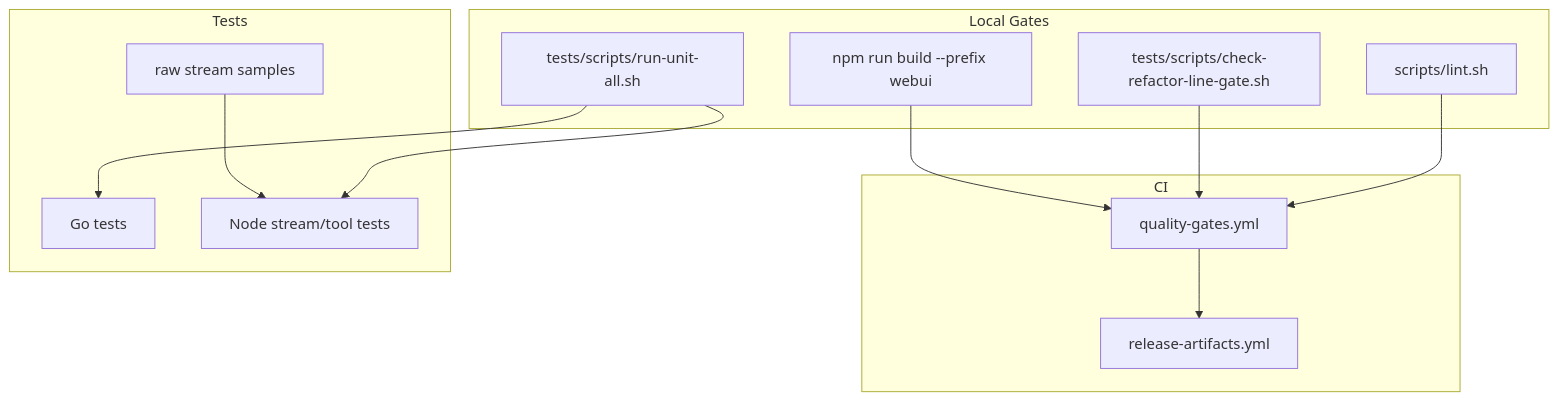
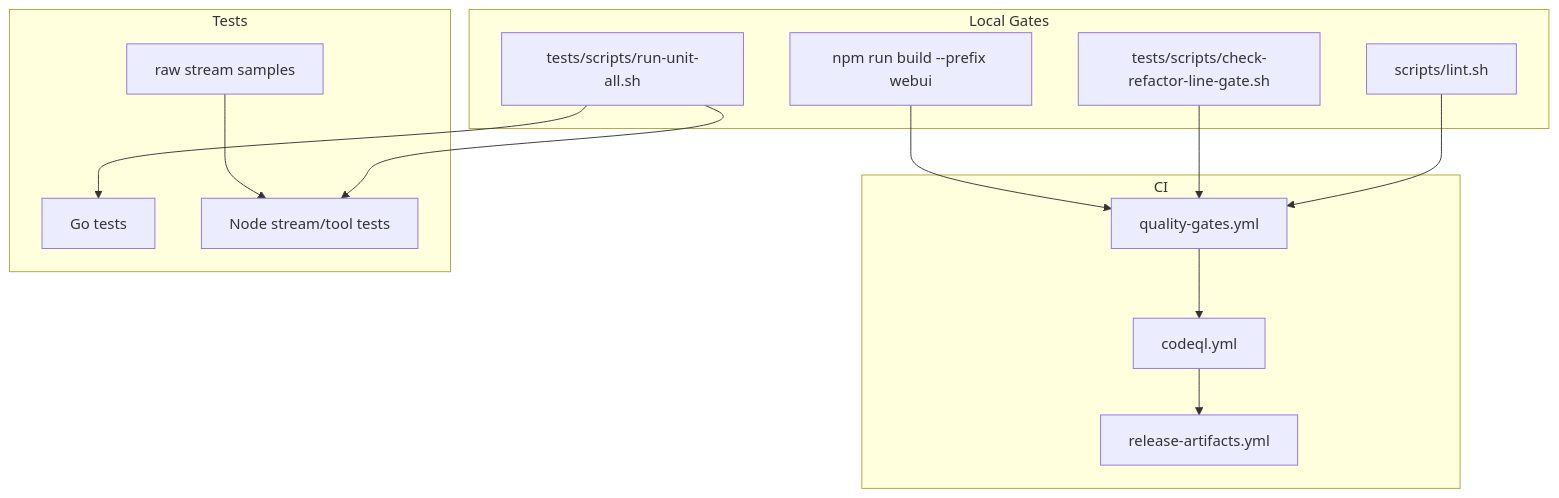
One commit to marklove5102/DeepSeek_Web_To_API changed the first of 2 diagrams in docs/Testing and Delivery/Testing and Delivery.md. Above: the diagram before and after it, drawn with Mermaid. The commit also changed other lines of this file and 1 other file, not shown here.

Commit message:
ci: add codeql scanning gate

````diff
--- a/docs/Testing and Delivery/Testing and Delivery.md
+++ b/docs/Testing and Delivery/Testing and Delivery.md
@@ -33,25 +35,27 @@
 ```mermaid
 graph TB
 subgraph "Local Gates"
 LINT["scripts/lint.sh"]
 LINE["tests/scripts/check-refactor-line-gate.sh"]
 UNIT["tests/scripts/run-unit-all.sh"]
 WEB["npm run build --prefix webui"]
 end
 subgraph "CI"
 QG["quality-gates.yml"]
+CODEQL["codeql.yml"]
 REL["release-artifacts.yml"]
 end
 subgraph "Tests"
 GO["Go tests"]
 NODE["Node stream/tool tests"]
 RAW["raw stream samples"]
 end
 LINT --> QG
 LINE --> QG
 UNIT --> GO
 UNIT --> NODE
 WEB --> QG
+QG --> CODEQL
 RAW --> NODE
-QG --> REL
+CODEQL --> REL
 ```
````
